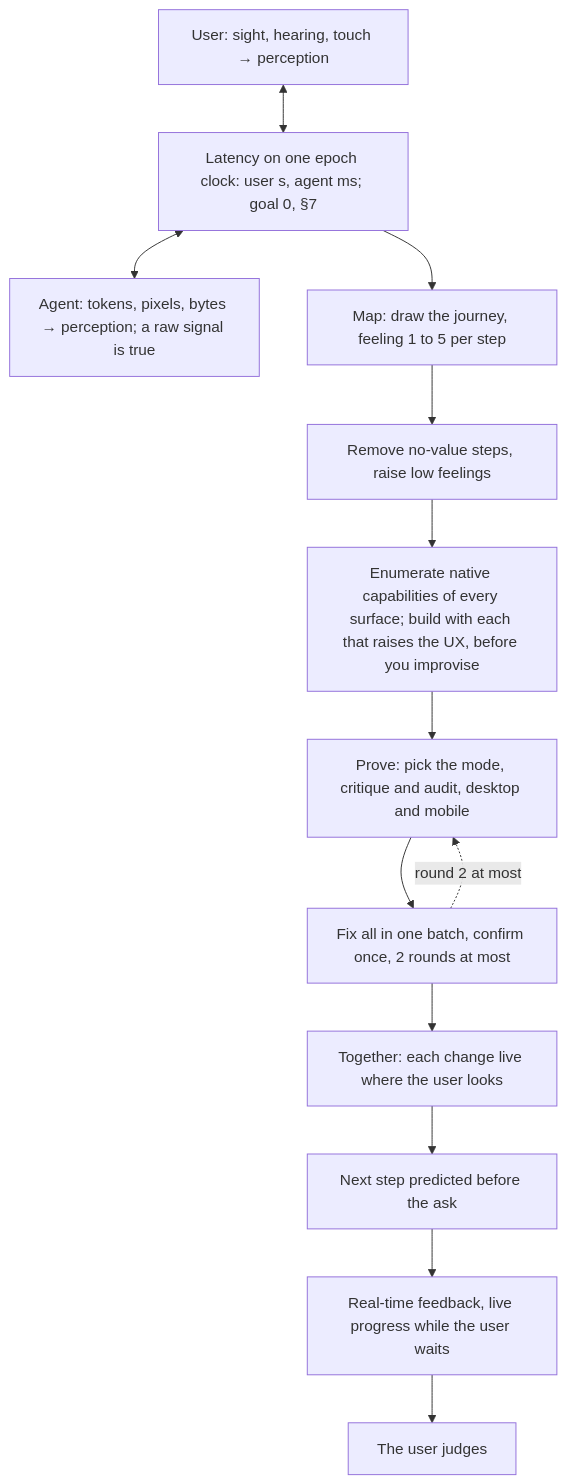
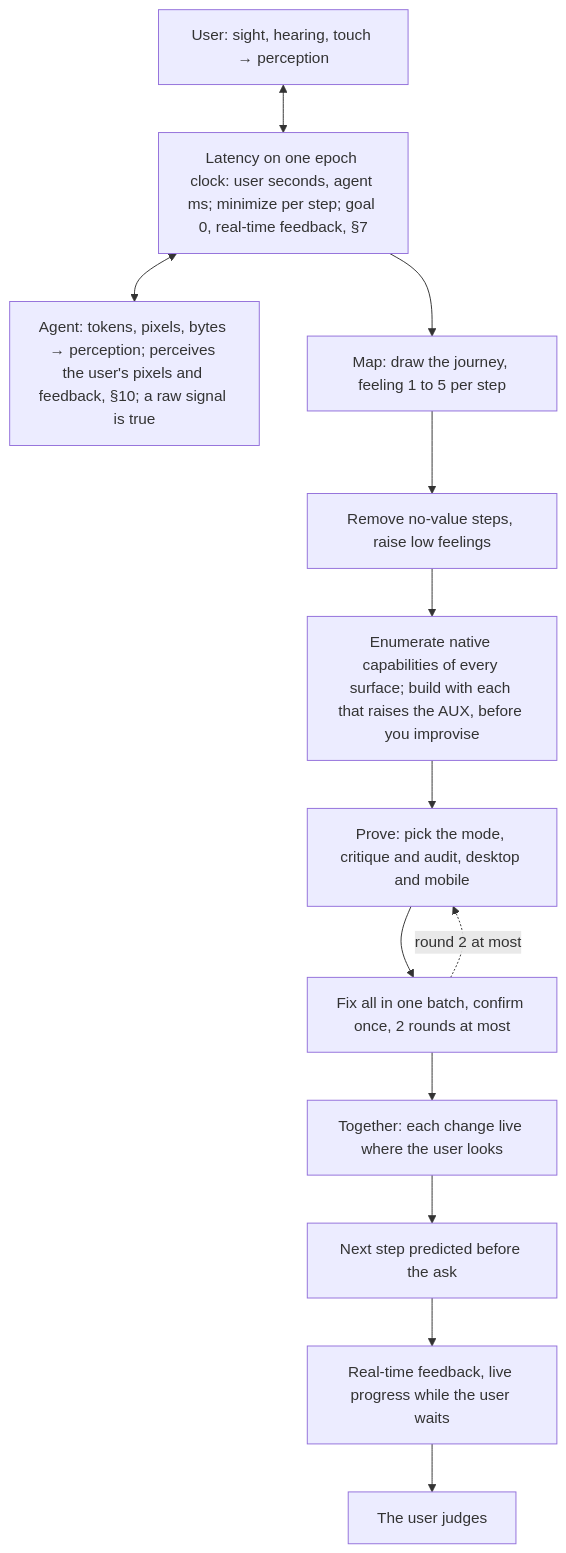
One commit to SolenixAI/arbiter changed the third of 14 diagrams in AGENTS.md. Above: the diagram before and after it, drawn with Mermaid. The commit also changed other lines of this file, not shown here.

Commit message:
docs(agents): AUX review fixes

````diff
--- a/AGENTS.md
+++ b/AGENTS.md
@@ -130,14 +131,14 @@
 ```mermaid
 flowchart TD
-  US["User: sight, hearing, touch → perception"] <--> LT["Latency on one epoch clock: user s, agent ms; goal 0, §7"] <--> AG["Agent: tokens, pixels, bytes → perception; a raw signal is true"]
+  US["User: sight, hearing, touch → perception"] <--> LT["Latency on one epoch clock: user seconds, agent ms; minimize per step; goal 0, real-time feedback, §7"] <--> AG["Agent: tokens, pixels, bytes → perception; perceives the user's pixels and feedback, §10; a raw signal is true"]
   LT --> M
   M["Map: draw the journey, feeling 1 to 5 per step"] --> R["Remove no-value steps, raise low feelings"]
-  R --> B["Enumerate native capabilities of every surface; build with each that raises the UX, before you improvise"]
+  R --> B["Enumerate native capabilities of every surface; build with each that raises the AUX, before you improvise"]
   B --> P["Prove: pick the mode, critique and audit, desktop and mobile"]
   P --> F["Fix all in one batch, confirm once, 2 rounds at most"]
   F -.->|round 2 at most| P
   F --> T["Together: each change live where the user looks"]
   T --> N["Next step predicted before the ask"]
   N --> RT["Real-time feedback, live progress while the user waits"]
   RT --> J["The user judges"]
 ```
````
